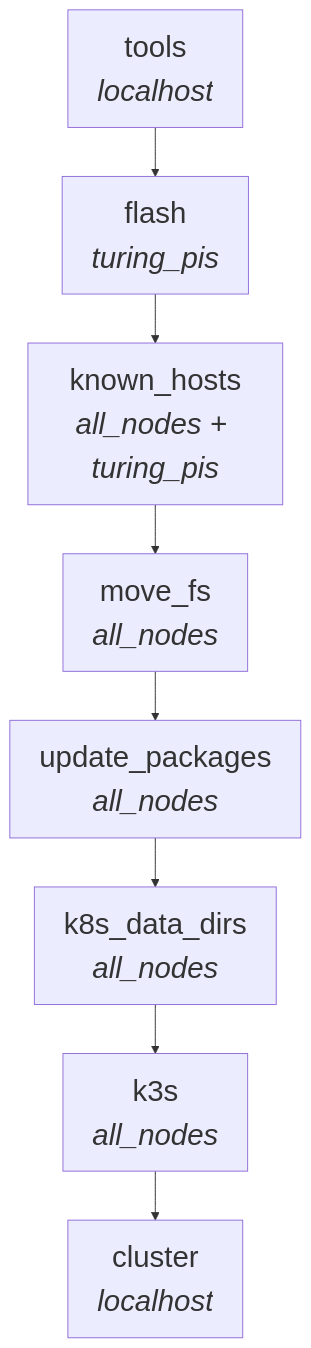
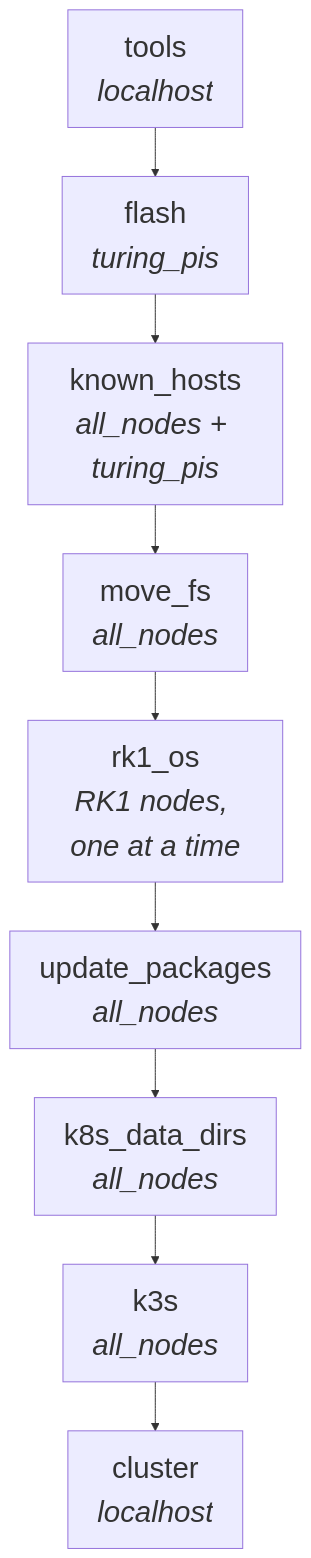
One commit to gilesknap/tpi-k3s-ansible changed the diagram in docs/explanations/ansible-roles.md. Above: the diagram before and after it, drawn with Mermaid. The commit also changed other lines of this file and 5 other files, not shown here.

````diff
--- a/docs/explanations/ansible-roles.md
+++ b/docs/explanations/ansible-roles.md
@@ -8,11 +8,12 @@
 ```mermaid
 %%{init: {'themeVariables': {'fontSize': '30px'}, 'flowchart': {'useMaxWidth': false}}}%%
 flowchart TD
     T["tools<br/><i>localhost</i>"] --> F["flash<br/><i>turing_pis</i>"]
     F --> KH["known_hosts<br/><i>all_nodes + turing_pis</i>"]
     KH --> MF["move_fs<br/><i>all_nodes</i>"]
-    MF --> UP["update_packages<br/><i>all_nodes</i>"]
+    MF --> RO["rk1_os<br/><i>RK1 nodes, one at a time</i>"]
+    RO --> UP["update_packages<br/><i>all_nodes</i>"]
     UP --> DD["k8s_data_dirs<br/><i>all_nodes</i>"]
     DD --> K["k3s<br/><i>all_nodes</i>"]
     K --> C["cluster<br/><i>localhost</i>"]
 ```
````
